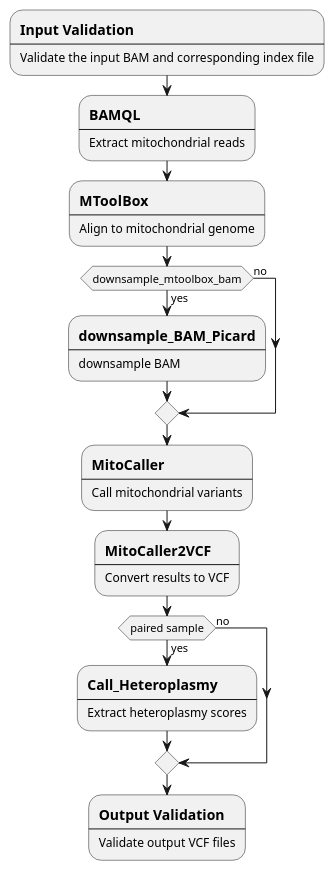
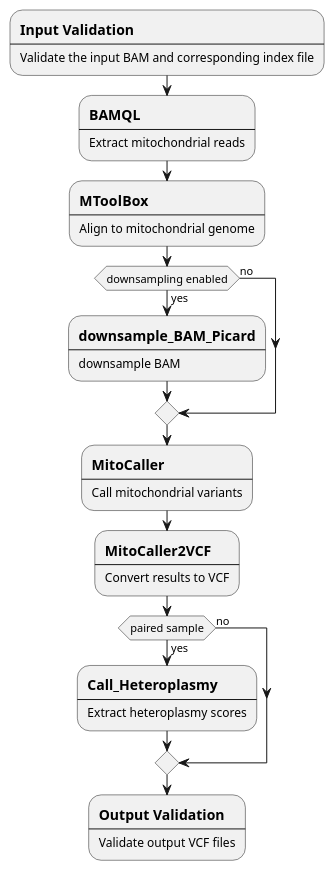
One commit to uclahs-cds/pipeline-call-mtSNV changed the diagram in docs/call-mtsnv-flow.puml. Above: the diagram before and after it, drawn with PlantUML.

Commit message:
simplify branch conditional for downsampling

```diff
--- a/docs/call-mtsnv-flow.puml
+++ b/docs/call-mtsnv-flow.puml
@@ -1,36 +1,36 @@
 @startuml
 skinparam SwimlaneTitleFontStyle bold
 
 
 :==Input Validation
 ----
 Validate the input BAM and corresponding index file;
 :==BAMQL
 ----
 Extract mitochondrial reads;
 :==MToolBox
 ----
 Align to mitochondrial genome;
-if (downsample_mtoolbox_bam) then (yes)
+if (downsampling enabled) then (yes)
   :==downsample_BAM_Picard
   ----
   downsample BAM;
 else (no)
 endif
 :==MitoCaller
 ----
 Call mitochondrial variants;
 :==MitoCaller2VCF
 ----
 Convert results to VCF;
 if (paired sample) then (yes)
   :==Call_Heteroplasmy
   ----
   Extract heteroplasmy scores;
 else (no)
 endif
 :==Output Validation
 ----
 Validate output VCF files;
 
 @enduml
```
